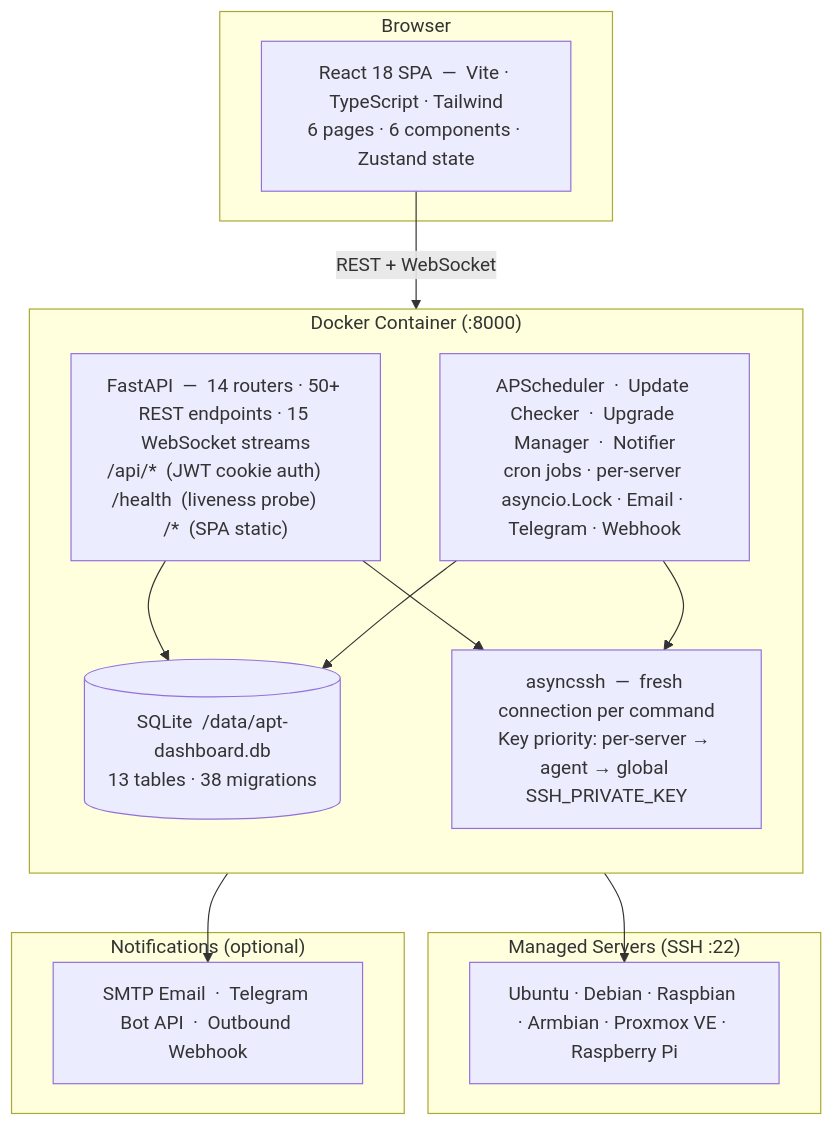
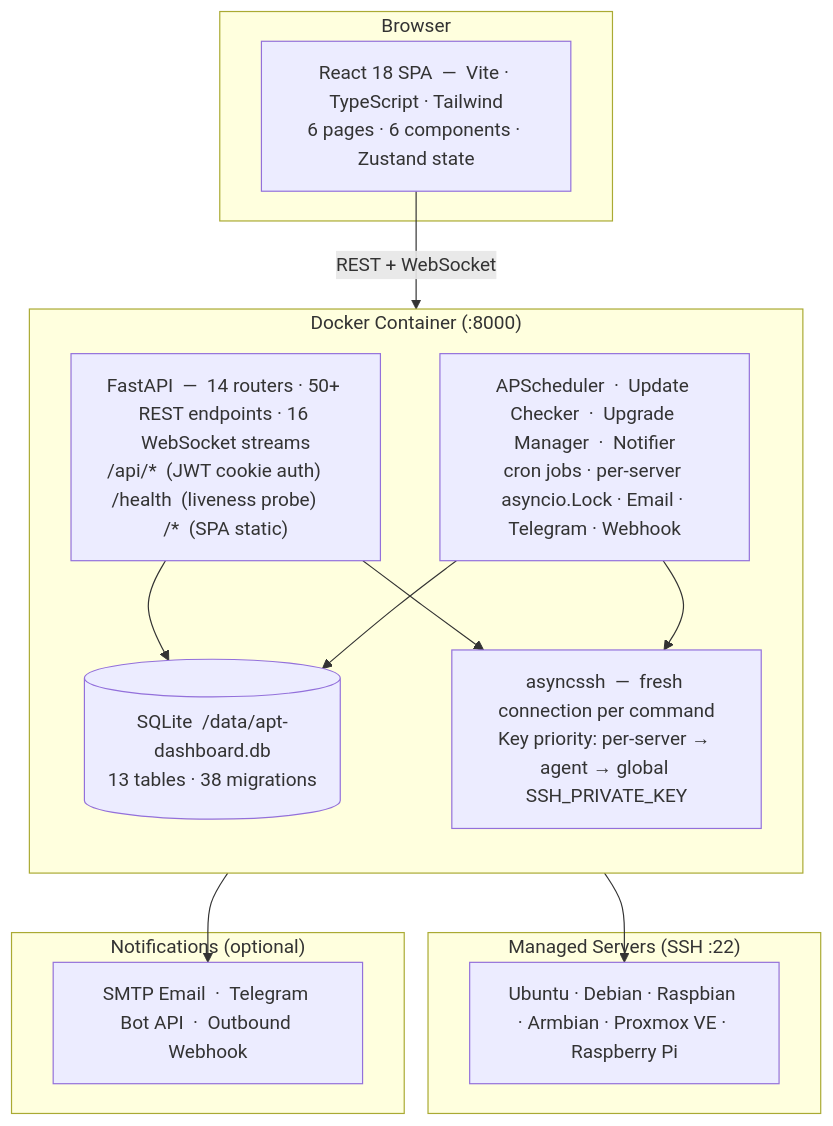
One commit to mzac/apt-ui changed the diagram in README.md. Above: the diagram before and after it, drawn with Mermaid. The commit also changed other lines of this file and 13 other files, not shown here.

````diff
--- a/README.md
+++ b/README.md
@@ -305,30 +307,30 @@
 ```mermaid
 graph TB
     subgraph browser["Browser"]
         SPA["React 18 SPA  —  Vite · TypeScript · Tailwind\n6 pages · 6 components · Zustand state"]
     end
 
     subgraph container["Docker Container  (:8000)"]
         direction TB
-        API["FastAPI  —  14 routers · 50+ REST endpoints · 15 WebSocket streams\n/api/*  (JWT cookie auth)     /health  (liveness probe)     /*  (SPA static)"]
+        API["FastAPI  —  14 routers · 50+ REST endpoints · 16 WebSocket streams\n/api/*  (JWT cookie auth)     /health  (liveness probe)     /*  (SPA static)"]
         BG["APScheduler  ·  Update Checker  ·  Upgrade Manager  ·  Notifier\ncron jobs · per-server asyncio.Lock · Email · Telegram · Webhook"]
         DB[("SQLite  /data/apt-dashboard.db\n13 tables · 38 migrations")]
         SSH["asyncssh  —  fresh connection per command\nKey priority: per-server → agent → global SSH_PRIVATE_KEY"]
     end
 
     subgraph servers["Managed Servers  (SSH :22)"]
         S["Ubuntu · Debian · Raspbian · Armbian · Proxmox VE · Raspberry Pi"]
     end
 
     subgraph notif["Notifications  (optional)"]
         N["SMTP Email  ·  Telegram Bot API  ·  Outbound Webhook"]
     end
 
     SPA -- "REST + WebSocket" --> API
     API --> DB
     API --> SSH
     BG --> DB
     BG --> SSH
     BG --> N
     SSH --> S
 ```
````
